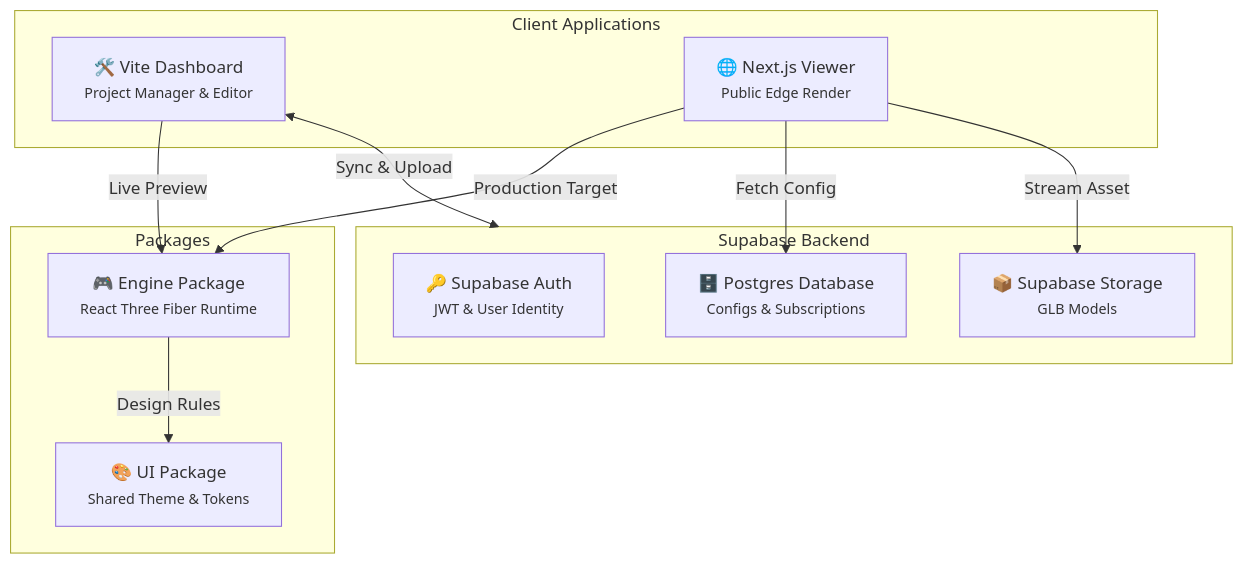
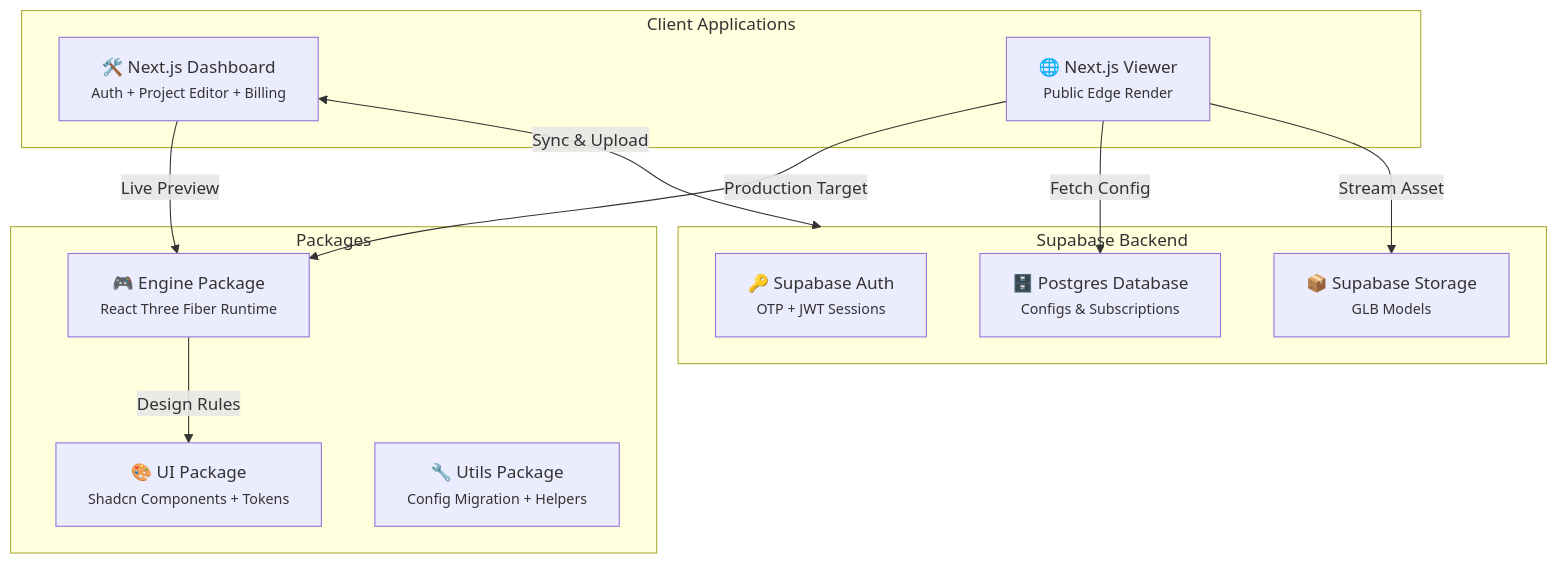
Before and after one commit to YumiNoona/Venture: the diagram in README.md, drawn with Mermaid. The commit also changed other lines of this file and 11 other files, not shown here.

````diff
--- a/README.md
+++ b/README.md
@@ -63,25 +62,26 @@
 ```mermaid
 graph TB
     subgraph Client["Client Applications"]
-        DASHBOARD["🛠️ Vite Dashboard<br/><small>Project Manager & Editor</small>"]
+        WEB["🛠️ Next.js Dashboard<br/><small>Auth + Project Editor + Billing</small>"]
         VIEWER["🌐 Next.js Viewer<br/><small>Public Edge Render</small>"]
     end
 
     subgraph Core["Packages"]
         ENGINE["🎮 Engine Package<br/><small>React Three Fiber Runtime</small>"]
-        UI["🎨 UI Package<br/><small>Shared Theme & Tokens</small>"]
+        UI["🎨 UI Package<br/><small>Shadcn Components + Tokens</small>"]
+        UTILS["🔧 Utils Package<br/><small>Config Migration + Helpers</small>"]
     end
 
     subgraph Backend["Supabase Backend"]
-        AUTH["🔑 Supabase Auth<br/><small>JWT & User Identity</small>"]
+        AUTH["🔑 Supabase Auth<br/><small>OTP + JWT Sessions</small>"]
         DB["🗄️ Postgres Database<br/><small>Configs & Subscriptions</small>"]
         STORAGE["📦 Supabase Storage<br/><small>GLB Models</small>"]
     end
 
-    DASHBOARD -->|"Live Preview"| ENGINE
+    WEB -->|"Live Preview"| ENGINE
     VIEWER -->|"Production Target"| ENGINE
-    DASHBOARD <-->|"Sync & Upload"| Backend
+    WEB <-->|"Sync & Upload"| Backend
     VIEWER -->|"Fetch Config"| DB
     VIEWER -->|"Stream Asset"| STORAGE
     ENGINE -->|"Design Rules"| UI
 ```
````
